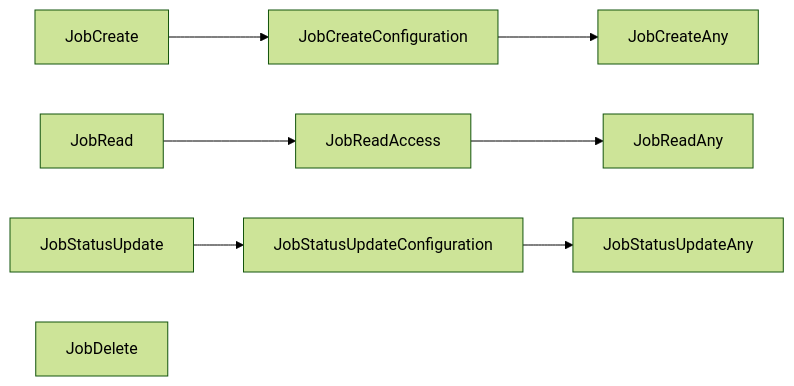
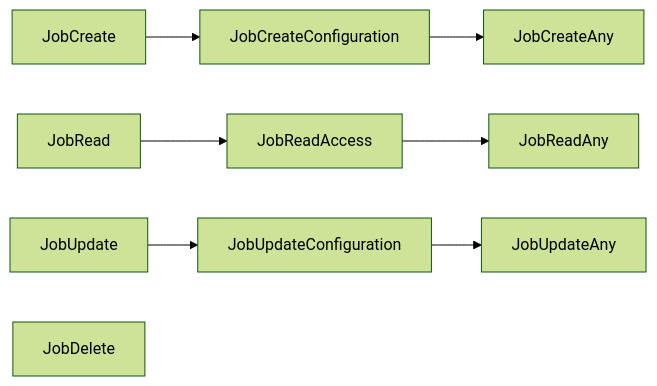
The first of 2 diagrams in Development/v4.x/backend/authorization/authorization_jobs.md (SciCatProject/documentation), drawn with Mermaid (forest theme) before and after one commit. The commit also changed other lines of this file and 2 other files, not shown here.

Commit message:
rename statusUpdate to update

````diff
--- a/Development/v4.x/backend/authorization/authorization_jobs.md
+++ b/Development/v4.x/backend/authorization/authorization_jobs.md
@@ -23,10 +23,10 @@
 ```mermaid
 graph LR;
     JobCreate-->JobCreateConfiguration;
     JobCreateConfiguration-->JobCreateAny;
     JobRead-->JobReadAccess;
     JobReadAccess-->JobReadAny;
-    JobStatusUpdate-->JobStatusUpdateConfiguration;
-    JobStatusUpdateConfiguration-->JobStatusUpdateAny;
+    JobUpdate-->JobUpdateConfiguration;
+    JobUpdateConfiguration-->JobUpdateAny;
     JobDelete;
 ```
````
